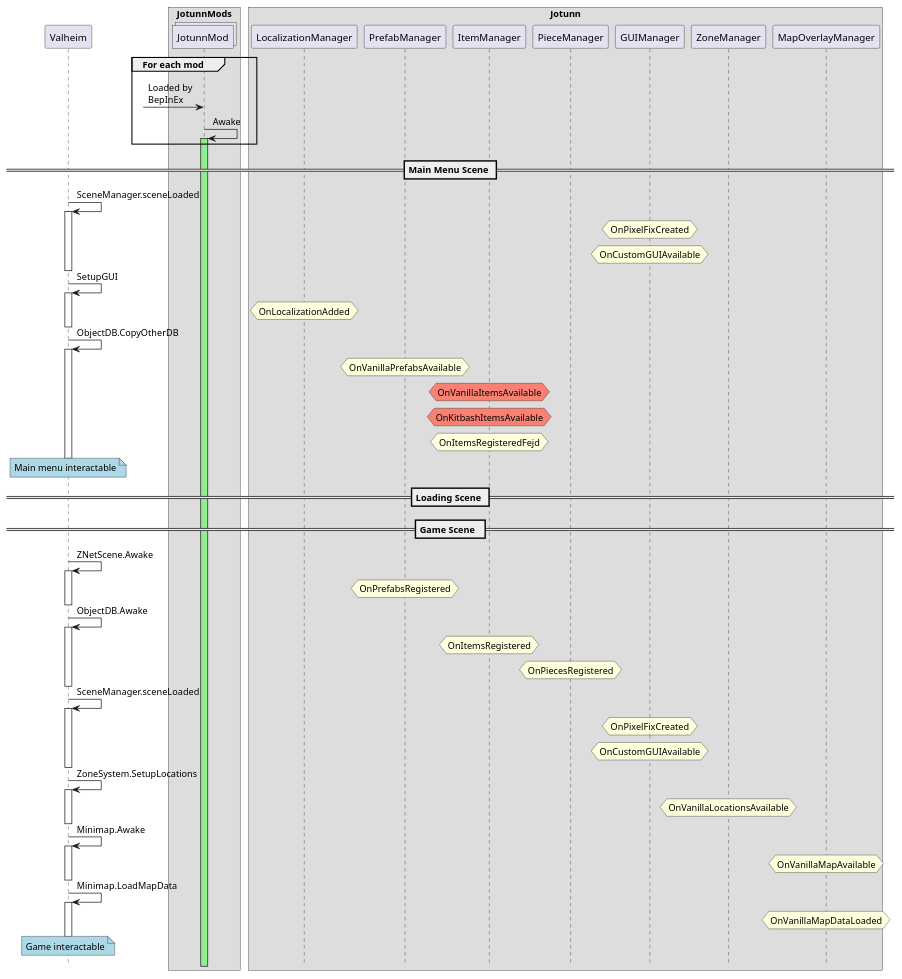
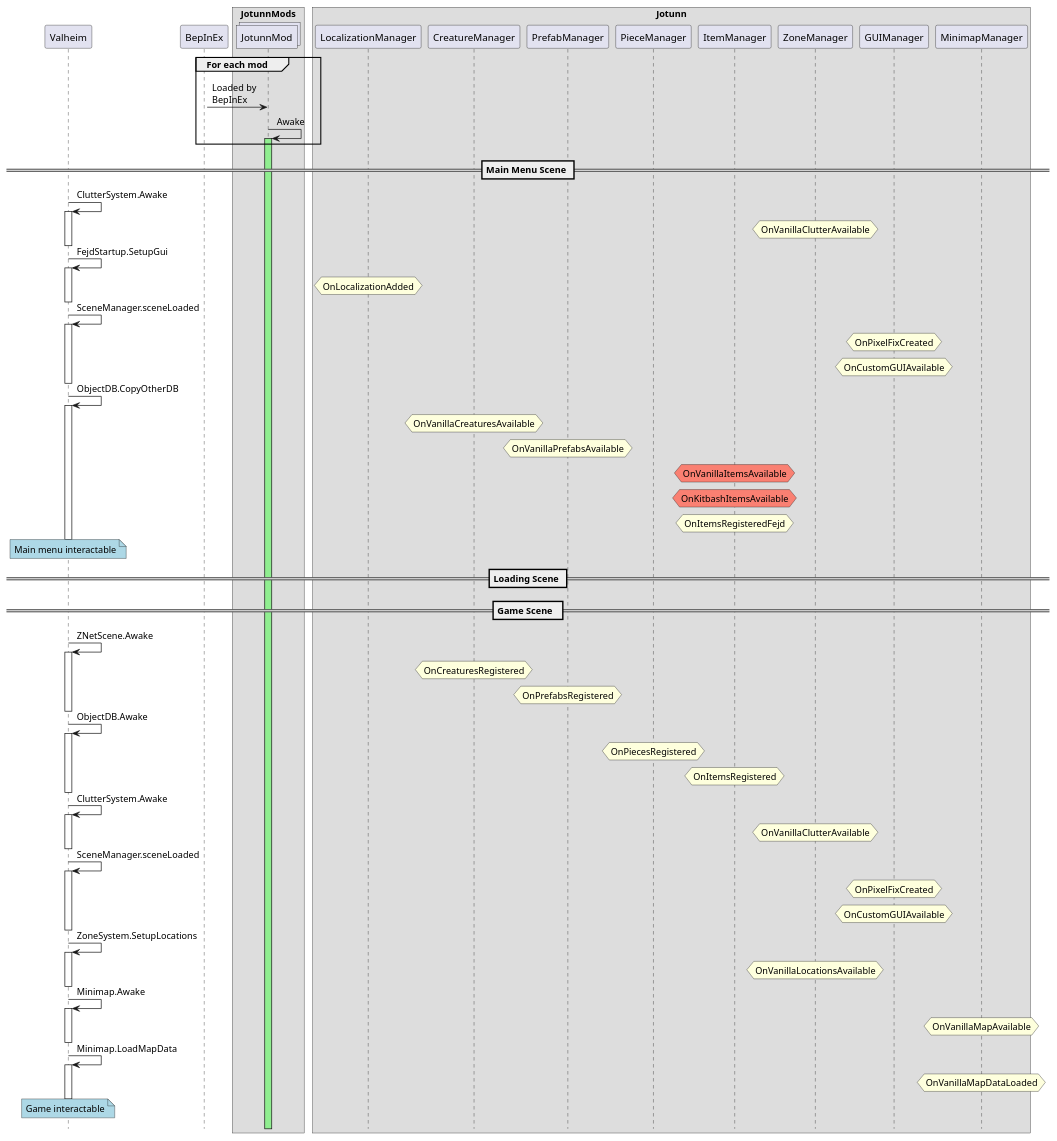
Before and after one commit to Valheim-Modding/Jotunn: the diagram in JotunnLib/Documentation/flow.puml, drawn with PlantUML. The commit also changed 3 other files, not shown here.

Commit message:
docs: updated flow diagram

```diff
--- a/JotunnLib/Documentation/flow.puml
+++ b/JotunnLib/Documentation/flow.puml
@@ -1,78 +1,90 @@
 @startuml
 '' flow
 !pragma teoz true
 hide footbox
 
 participant Valheim
+participant BepInEx
 
 box JotunnMods
     collections JotunnMod
 end box
 
 box Jotunn
     participant LocalizationManager
+    participant CreatureManager
     participant PrefabManager
+    participant PieceManager
     participant ItemManager
-    participant PieceManager
+    participant ZoneManager
     participant GUIManager
-    participant ZoneManager
-    participant MapOverlayManager
+    participant MinimapManager
 end box
 
 group For each mod
     ?->JotunnMod **: Loaded by\nBepInEx
     JotunnMod -> JotunnMod ++ #lightgreen: Awake
 end group
 
 == Main Menu Scene ==
 
+Valheim -> Valheim++: ClutterSystem.Awake
+    hnote over ZoneManager: OnVanillaClutterAvailable
+deactivate Valheim
+
+Valheim -> Valheim++: FejdStartup.SetupGui
+    hnote over LocalizationManager: OnLocalizationAdded
+deactivate Valheim
+
 Valheim -> Valheim++: SceneManager.sceneLoaded
     hnote over GUIManager: OnPixelFixCreated
     hnote over GUIManager: OnCustomGUIAvailable
 deactivate Valheim
 
-Valheim -> Valheim++: SetupGUI
-    hnote over LocalizationManager: OnLocalizationAdded
-deactivate Valheim
-
 Valheim -> Valheim++: ObjectDB.CopyOtherDB
+    hnote over CreatureManager : OnVanillaCreaturesAvailable
     hnote over PrefabManager: OnVanillaPrefabsAvailable 
     hnote over ItemManager #salmon: OnVanillaItemsAvailable  
     hnote over ItemManager #salmon: OnKitbashItemsAvailable
     hnote over ItemManager: OnItemsRegisteredFejd
 deactivate Valheim
 
 note over Valheim #lightblue: Main menu interactable
 
 == Loading Scene ==
 == Game Scene  ==
 
 Valheim -> Valheim ++: ZNetScene.Awake
+    hnote over CreatureManager: OnCreaturesRegistered
     hnote over PrefabManager: OnPrefabsRegistered
 deactivate Valheim
 
 Valheim -> Valheim++ : ObjectDB.Awake
+    hnote over PieceManager: OnPiecesRegistered
     hnote over ItemManager: OnItemsRegistered
-    hnote over PieceManager: OnPiecesRegistered
 deactivate Valheim 
+
+Valheim -> Valheim++: ClutterSystem.Awake
+    hnote over ZoneManager: OnVanillaClutterAvailable
+deactivate Valheim
 
 Valheim -> Valheim++: SceneManager.sceneLoaded
     hnote over GUIManager: OnPixelFixCreated
     hnote over GUIManager: OnCustomGUIAvailable
 deactivate Valheim
 
 Valheim -> Valheim ++: ZoneSystem.SetupLocations
     hnote over ZoneManager: OnVanillaLocationsAvailable
 deactivate Valheim
 
 Valheim -> Valheim ++: Minimap.Awake
-    hnote over MapOverlayManager: OnVanillaMapAvailable
+    hnote over MinimapManager: OnVanillaMapAvailable
 deactivate Valheim
 
 Valheim -> Valheim ++: Minimap.LoadMapData
-    hnote over MapOverlayManager: OnVanillaMapDataLoaded
+    hnote over MinimapManager: OnVanillaMapDataLoaded
 deactivate Valheim
  
 note over Valheim #lightblue: Game interactable
  
 @enduml
```
